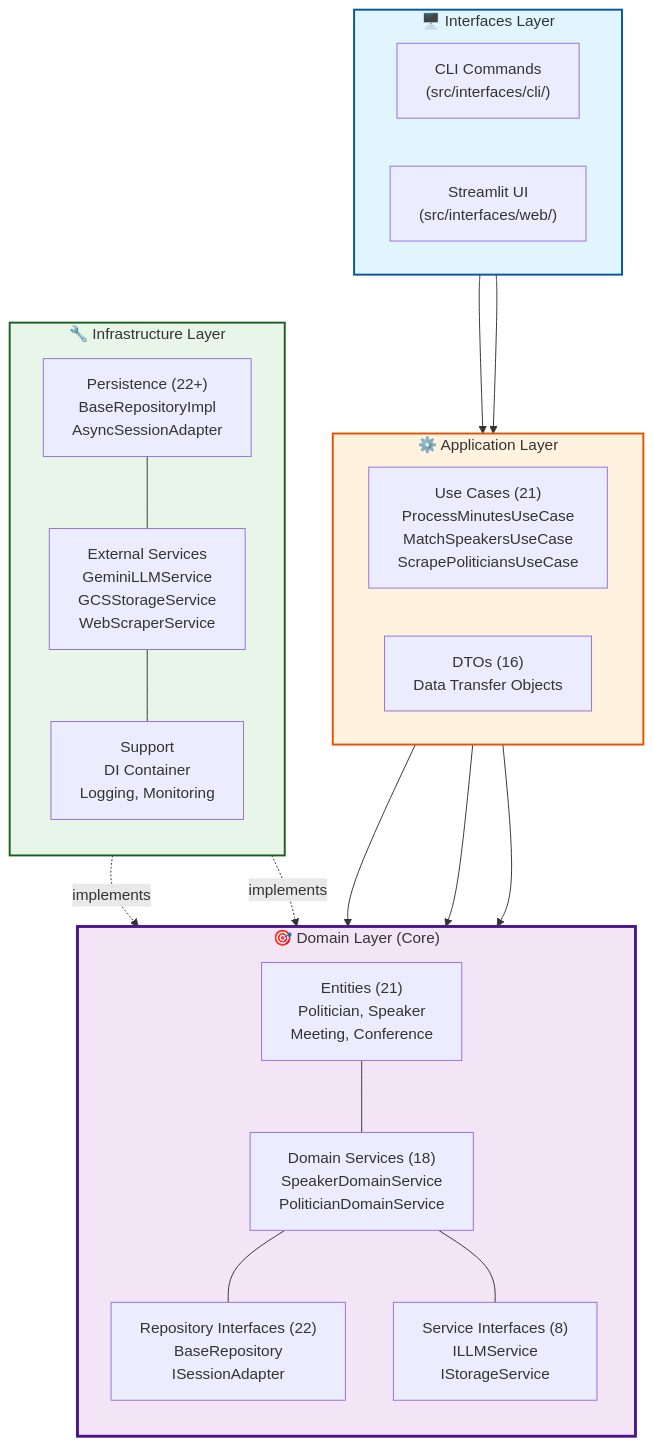
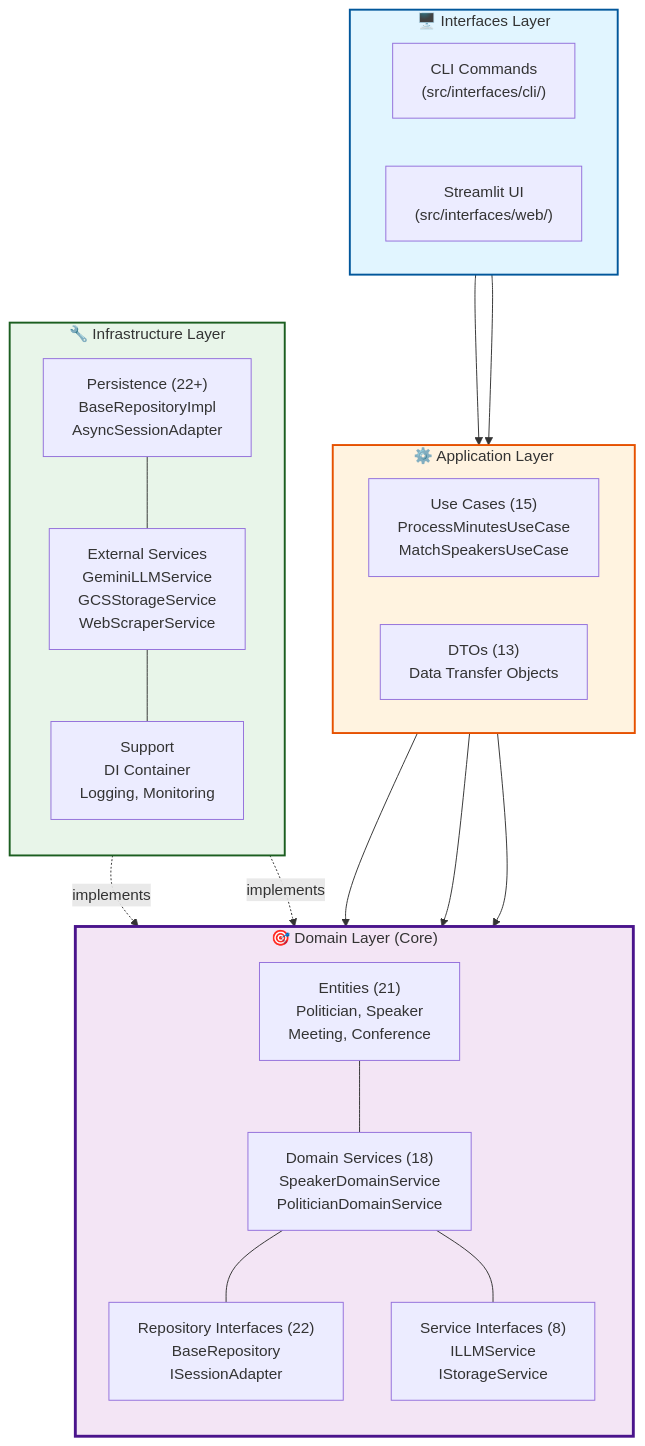
One commit to trust-chain-organization/sagebase changed the first of 6 diagrams in docs/architecture/ARCHITECTURE.md. Above: the diagram before and after it, drawn with Mermaid. The commit also changed other lines of this file and 45 other files, not shown here.

````diff
--- a/docs/architecture/ARCHITECTURE.md
+++ b/docs/architecture/ARCHITECTURE.md
@@ -17,57 +17,57 @@
 ```mermaid
 graph TB
     subgraph interfaces["🖥️ Interfaces Layer"]
         direction LR
         CLI["CLI Commands<br/>(src/interfaces/cli/)"]
         WEB["Streamlit UI<br/>(src/interfaces/web/)"]
     end
 
     subgraph application["⚙️ Application Layer"]
         direction LR
-        UC["Use Cases (21)<br/>ProcessMinutesUseCase<br/>MatchSpeakersUseCase<br/>ScrapePoliticiansUseCase"]
-        DTO["DTOs (16)<br/>Data Transfer Objects"]
+        UC["Use Cases (15)<br/>ProcessMinutesUseCase<br/>MatchSpeakersUseCase"]
+        DTO["DTOs (13)<br/>Data Transfer Objects"]
     end
 
     subgraph domain["🎯 Domain Layer (Core)"]
         direction TB
         ENT["Entities (21)<br/>Politician, Speaker<br/>Meeting, Conference"]
         DS["Domain Services (18)<br/>SpeakerDomainService<br/>PoliticianDomainService"]
         RI["Repository Interfaces (22)<br/>BaseRepository<br/>ISessionAdapter"]
         SI["Service Interfaces (8)<br/>ILLMService<br/>IStorageService"]
 
         ENT --- DS
         DS --- RI
         DS --- SI
     end
 
     subgraph infrastructure["🔧 Infrastructure Layer"]
         direction TB
         PERSIST["Persistence (22+)<br/>BaseRepositoryImpl<br/>AsyncSessionAdapter"]
         EXT["External Services<br/>GeminiLLMService<br/>GCSStorageService<br/>WebScraperService"]
         SUPPORT["Support<br/>DI Container<br/>Logging, Monitoring"]
 
         PERSIST --- EXT
         EXT --- SUPPORT
     end
 
     %% Dependencies (arrows point FROM dependent TO dependency)
     CLI --> UC
     WEB --> UC
     UC --> DS
     UC --> RI
     UC --> SI
 
     PERSIST -.implements.-> RI
     EXT -.implements.-> SI
 
     %% Styling
     classDef interfaceStyle fill:#e1f5ff,stroke:#01579b,stroke-width:2px
     classDef applicationStyle fill:#fff3e0,stroke:#e65100,stroke-width:2px
     classDef domainStyle fill:#f3e5f5,stroke:#4a148c,stroke-width:3px
     classDef infrastructureStyle fill:#e8f5e9,stroke:#1b5e20,stroke-width:2px
 
     class interfaces interfaceStyle
     class application applicationStyle
     class domain domainStyle
     class infrastructure infrastructureStyle
 ```
````
